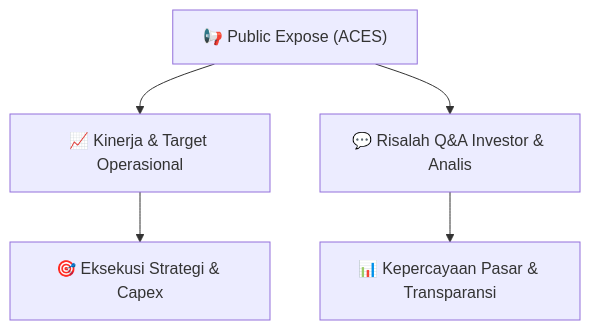
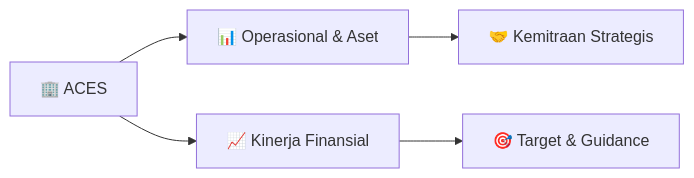
Before and after one commit to anYoneo/alphadigest-idx: the diagram in reports/summaries/public-exposes/informasi-pubex/ACES_Public_Expose_20260827.md, drawn with Mermaid. The commit also changed other lines of this file and 526 other files, not shown here.

````diff
--- a/reports/summaries/public-exposes/informasi-pubex/ACES_Public_Expose_20260827.md
+++ b/reports/summaries/public-exposes/informasi-pubex/ACES_Public_Expose_20260827.md
@@ -36,7 +75,7 @@
 ```mermaid
-flowchart TD
-    A["📢 Public Expose (ACES)"] --> B["📈 Kinerja & Target Operasional"]
-    A --> C["💬 Risalah Q&A Investor & Analis"]
-    B --> D["🎯 Eksekusi Strategi & Capex"]
-    C --> E["📊 Kepercayaan Pasar & Transparansi"]
+flowchart LR
+    A["🏢 ACES"] --> B["📊 Operasional & Aset"]
+    A --> C["📈 Kinerja Finansial"]
+    B --> D["🤝 Kemitraan Strategis"]
+    C --> E["🎯 Target & Guidance"]
 ```
````
